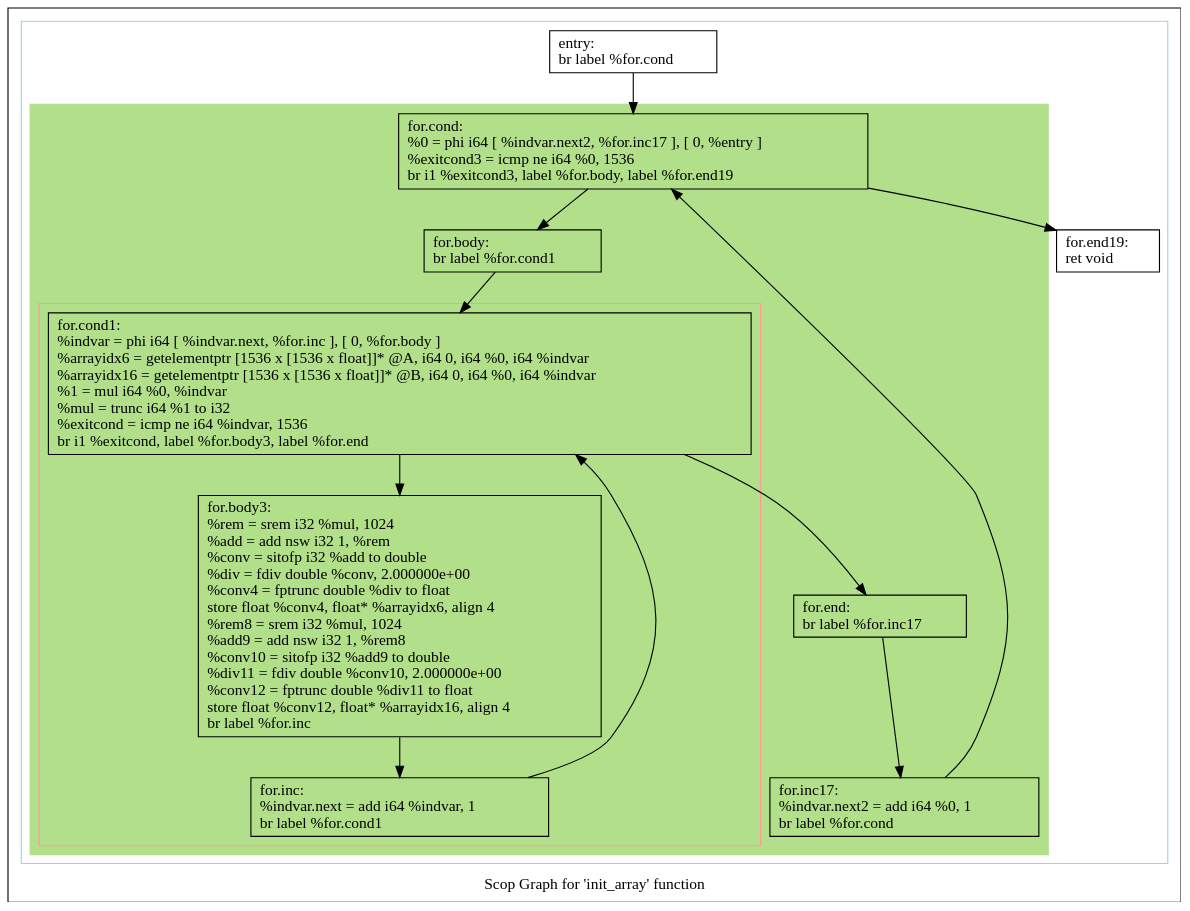
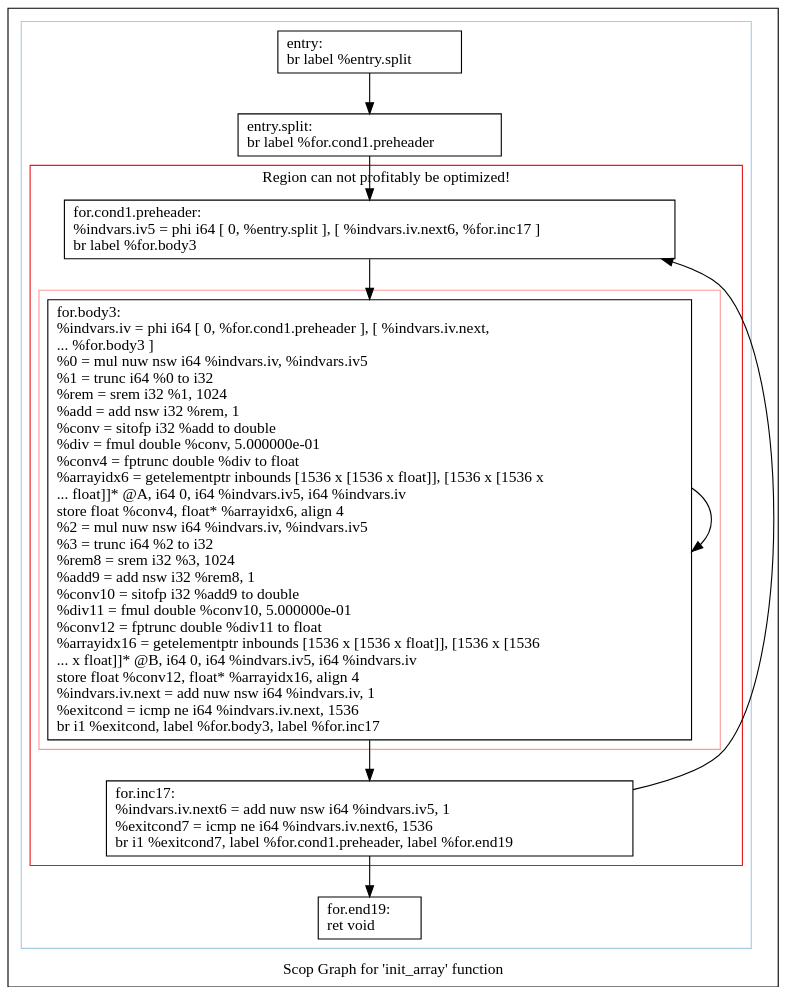
The diagram in polly/www/experiments/matmul/scops.init_array.dot (intel/quantum-intrinsics), drawn with Graphviz before and after one commit. The commit also changed 20 other files, not shown here.

```diff
--- a/polly/www/experiments/matmul/scops.init_array.dot
+++ b/polly/www/experiments/matmul/scops.init_array.dot
@@ -1,47 +1,39 @@
 digraph "Scop Graph for 'init_array' function" {
 	label="Scop Graph for 'init_array' function";
 
-	Node0x17d4370 [shape=record,label="{entry:\l  br label %for.cond\l}"];
-	Node0x17d4370 -> Node0x17da5d0;
-	Node0x17da5d0 [shape=record,label="{for.cond:                                         \l  %0 = phi i64 [ %indvar.next2, %for.inc17 ], [ 0, %entry ]\l  %exitcond3 = icmp ne i64 %0, 1536\l  br i1 %exitcond3, label %for.body, label %for.end19\l}"];
-	Node0x17da5d0 -> Node0x17da5f0;
-	Node0x17da5d0 -> Node0x17da650;
-	Node0x17da5f0 [shape=record,label="{for.body:                                         \l  br label %for.cond1\l}"];
-	Node0x17da5f0 -> Node0x17da900;
-	Node0x17da900 [shape=record,label="{for.cond1:                                        \l  %indvar = phi i64 [ %indvar.next, %for.inc ], [ 0, %for.body ]\l  %arrayidx6 = getelementptr [1536 x [1536 x float]]* @A, i64 0, i64 %0, i64 %indvar\l  %arrayidx16 = getelementptr [1536 x [1536 x float]]* @B, i64 0, i64 %0, i64 %indvar\l  %1 = mul i64 %0, %indvar\l  %mul = trunc i64 %1 to i32\l  %exitcond = icmp ne i64 %indvar, 1536\l  br i1 %exitcond, label %for.body3, label %for.end\l}"];
-	Node0x17da900 -> Node0x17da670;
-	Node0x17da900 -> Node0x17da9a0;
-	Node0x17da670 [shape=record,label="{for.body3:                                        \l  %rem = srem i32 %mul, 1024\l  %add = add nsw i32 1, %rem\l  %conv = sitofp i32 %add to double\l  %div = fdiv double %conv, 2.000000e+00\l  %conv4 = fptrunc double %div to float\l  store float %conv4, float* %arrayidx6, align 4\l  %rem8 = srem i32 %mul, 1024\l  %add9 = add nsw i32 1, %rem8\l  %conv10 = sitofp i32 %add9 to double\l  %div11 = fdiv double %conv10, 2.000000e+00\l  %conv12 = fptrunc double %div11 to float\l  store float %conv12, float* %arrayidx16, align 4\l  br label %for.inc\l}"];
-	Node0x17da670 -> Node0x17da8e0;
-	Node0x17da8e0 [shape=record,label="{for.inc:                                          \l  %indvar.next = add i64 %indvar, 1\l  br label %for.cond1\l}"];
-	Node0x17da8e0 -> Node0x17da900[constraint=false];
-	Node0x17da9a0 [shape=record,label="{for.end:                                          \l  br label %for.inc17\l}"];
-	Node0x17da9a0 -> Node0x17d9e70;
-	Node0x17d9e70 [shape=record,label="{for.inc17:                                        \l  %indvar.next2 = add i64 %0, 1\l  br label %for.cond\l}"];
-	Node0x17d9e70 -> Node0x17da5d0[constraint=false];
-	Node0x17da650 [shape=record,label="{for.end19:                                        \l  ret void\l}"];
+	Node0x5b5b5a0 [shape=record,label="{entry:\l  br label %entry.split\l}"];
+	Node0x5b5b5a0 -> Node0x5b5de30;
+	Node0x5b5de30 [shape=record,label="{entry.split:                                      \l  br label %for.cond1.preheader\l}"];
+	Node0x5b5de30 -> Node0x5b5de50;
+	Node0x5b5de50 [shape=record,label="{for.cond1.preheader:                              \l  %indvars.iv5 = phi i64 [ 0, %entry.split ], [ %indvars.iv.next6, %for.inc17 ]\l  br label %for.body3\l}"];
+	Node0x5b5de50 -> Node0x5b5b570;
+	Node0x5b5b570 [shape=record,label="{for.body3:                                        \l  %indvars.iv = phi i64 [ 0, %for.cond1.preheader ], [ %indvars.iv.next,\l... %for.body3 ]\l  %0 = mul nuw nsw i64 %indvars.iv, %indvars.iv5\l  %1 = trunc i64 %0 to i32\l  %rem = srem i32 %1, 1024\l  %add = add nsw i32 %rem, 1\l  %conv = sitofp i32 %add to double\l  %div = fmul double %conv, 5.000000e-01\l  %conv4 = fptrunc double %div to float\l  %arrayidx6 = getelementptr inbounds [1536 x [1536 x float]], [1536 x [1536 x\l... float]]* @A, i64 0, i64 %indvars.iv5, i64 %indvars.iv\l  store float %conv4, float* %arrayidx6, align 4\l  %2 = mul nuw nsw i64 %indvars.iv, %indvars.iv5\l  %3 = trunc i64 %2 to i32\l  %rem8 = srem i32 %3, 1024\l  %add9 = add nsw i32 %rem8, 1\l  %conv10 = sitofp i32 %add9 to double\l  %div11 = fmul double %conv10, 5.000000e-01\l  %conv12 = fptrunc double %div11 to float\l  %arrayidx16 = getelementptr inbounds [1536 x [1536 x float]], [1536 x [1536\l... x float]]* @B, i64 0, i64 %indvars.iv5, i64 %indvars.iv\l  store float %conv12, float* %arrayidx16, align 4\l  %indvars.iv.next = add nuw nsw i64 %indvars.iv, 1\l  %exitcond = icmp ne i64 %indvars.iv.next, 1536\l  br i1 %exitcond, label %for.body3, label %for.inc17\l}"];
+	Node0x5b5b570 -> Node0x5b5b570[constraint=false];
+	Node0x5b5b570 -> Node0x5b5df30;
+	Node0x5b5df30 [shape=record,label="{for.inc17:                                        \l  %indvars.iv.next6 = add nuw nsw i64 %indvars.iv5, 1\l  %exitcond7 = icmp ne i64 %indvars.iv.next6, 1536\l  br i1 %exitcond7, label %for.cond1.preheader, label %for.end19\l}"];
+	Node0x5b5df30 -> Node0x5b5de50[constraint=false];
+	Node0x5b5df30 -> Node0x5b5df90;
+	Node0x5b5df90 [shape=record,label="{for.end19:                                        \l  ret void\l}"];
 	colorscheme = "paired12"
-        subgraph cluster_0x17d3a30 {
+        subgraph cluster_0x5b4bdd0 {
           label = "";
           style = solid;
           color = 1
-          subgraph cluster_0x17d4ec0 {
-            label = "";
-            style = filled;
-            color = 3            subgraph cluster_0x17d4180 {
+          subgraph cluster_0x5b4bf50 {
+            label = "Region can not profitably be optimized!";
+            style = solid;
+            color = 6
+            subgraph cluster_0x5b4c0d0 {
               label = "";
               style = solid;
               color = 5
-              Node0x17da900;
-              Node0x17da670;
-              Node0x17da8e0;
+              Node0x5b5b570;
             }
-            Node0x17da5d0;
-            Node0x17da5f0;
-            Node0x17da9a0;
-            Node0x17d9e70;
+            Node0x5b5de50;
+            Node0x5b5df30;
           }
-          Node0x17d4370;
-          Node0x17da650;
+          Node0x5b5b5a0;
+          Node0x5b5de30;
+          Node0x5b5df90;
         }
 }
```
